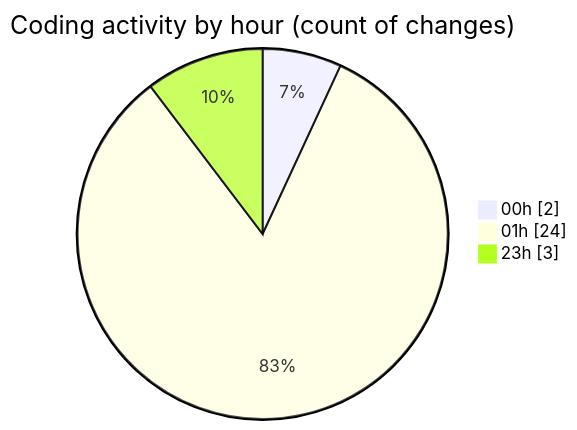
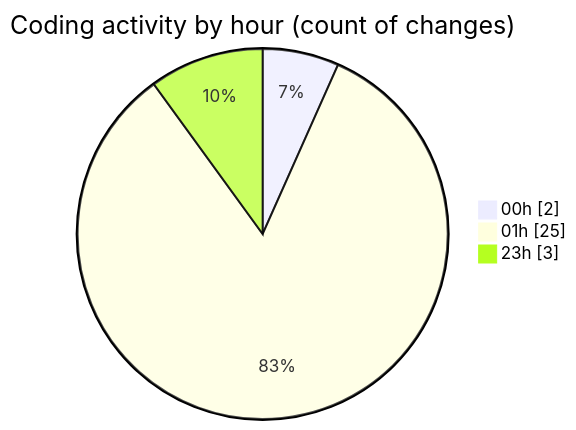
The second of 2 diagrams in 2025-07-16/nhahang/README.md (lephambinh05/code-tracking), drawn with Mermaid before and after one commit. The commit also changed other lines of this file and 1 other file, not shown here.

````diff
--- a/2025-07-16/nhahang/README.md
+++ b/2025-07-16/nhahang/README.md
@@ -44,7 +44,7 @@
 ```mermaid
 pie showData
 title Coding activity by hour (count of changes)
 "00h" : 2
-"01h" : 24
+"01h" : 25
 "23h" : 3
 ```
````
